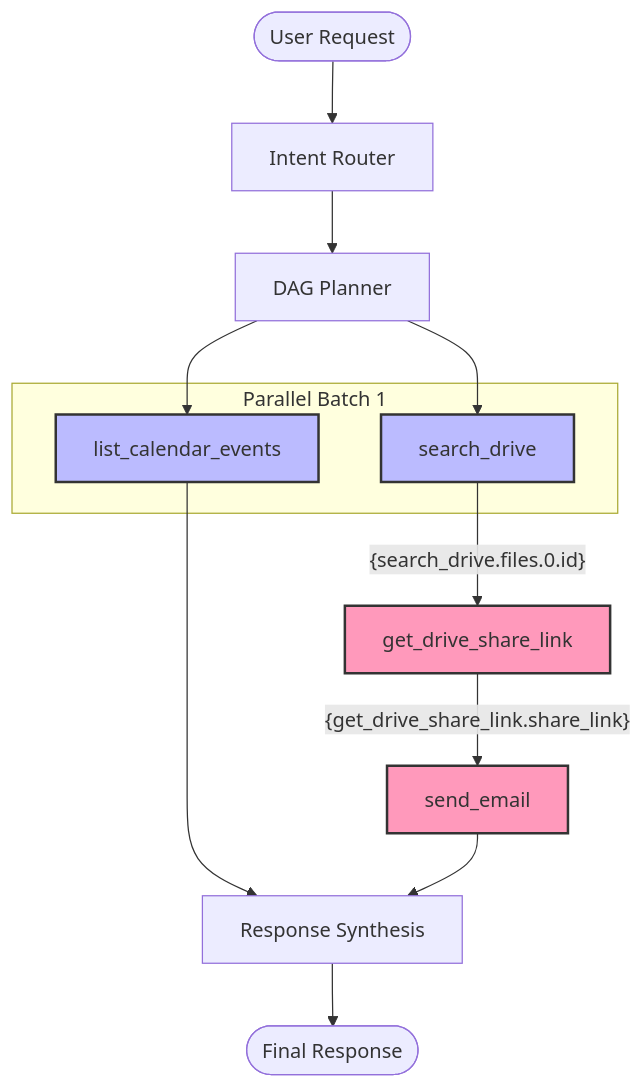
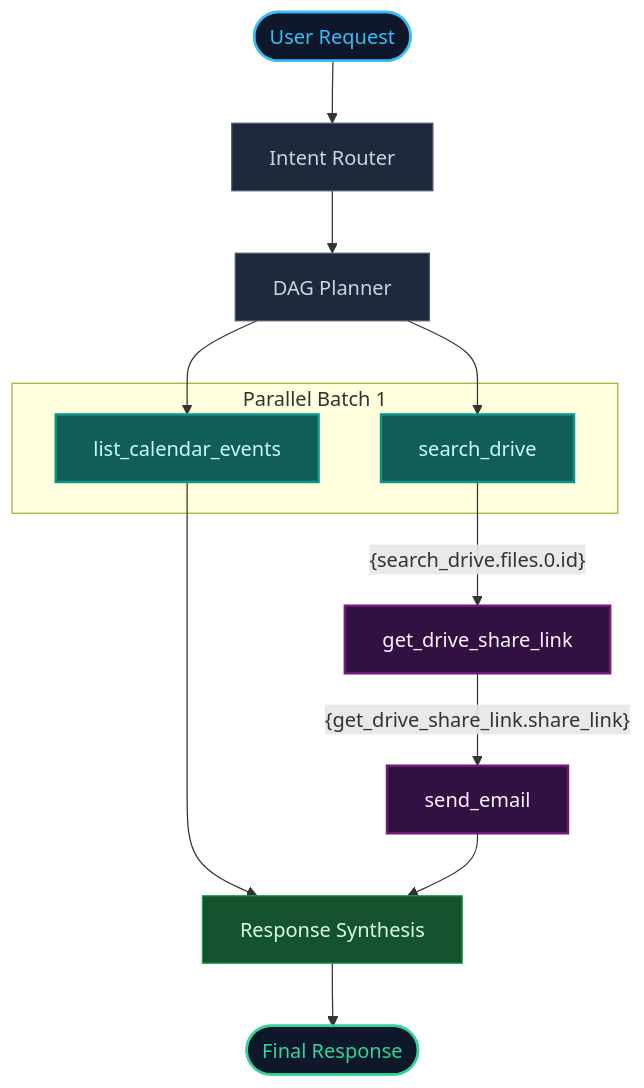
One commit to GaneshBamalwa/ATLAS changed the second of 3 diagrams in README.md. Above: the diagram before and after it, drawn with Mermaid. The commit also changed other lines of this file, not shown here.

Commit message:
docs: improve mermaid diagram color contrast and expand DAG details

````diff
--- a/README.md
+++ b/README.md
@@ -51,25 +57,33 @@
 ```mermaid
 graph TD
     User([User Request]) --> Router[Intent Router]
     Router --> Planner[DAG Planner]
     
     subgraph Parallel Batch 1
         Exec1[search_drive]
         Exec3[list_calendar_events]
     end
     
     Planner --> Exec1
     Planner --> Exec3
     
     Exec1 -->|"{search_drive.files.0.id}"| Exec2[get_drive_share_link]
     Exec2 -->|"{get_drive_share_link.share_link}"| Exec4[send_email]
     
     Exec3 --> Synthesis[Response Synthesis]
     Exec4 --> Synthesis
     Synthesis --> End([Final Response])
     
-    style Exec1 fill:#bbf,stroke:#333,stroke-width:2px
-    style Exec3 fill:#bbf,stroke:#333,stroke-width:2px
-    style Exec2 fill:#f9b,stroke:#333,stroke-width:2px
-    style Exec4 fill:#f9b,stroke:#333,stroke-width:2px
+    style User fill:#0f172a,stroke:#38bdf8,color:#38bdf8,stroke-width:2px
+    style Router fill:#1e293b,stroke:#475569,color:#cbd5e1,stroke-width:1px
+    style Planner fill:#1e293b,stroke:#475569,color:#cbd5e1,stroke-width:1px
+    
+    style Exec1 fill:#115e59,stroke:#0d9488,color:#ccfbf1,stroke-width:2px
+    style Exec3 fill:#115e59,stroke:#0d9488,color:#ccfbf1,stroke-width:2px
+    
+    style Exec2 fill:#311042,stroke:#701a75,color:#fdf4ff,stroke-width:2px
+    style Exec4 fill:#311042,stroke:#701a75,color:#fdf4ff,stroke-width:2px
+    
+    style Synthesis fill:#14532d,stroke:#16a34a,color:#dcfce7,stroke-width:1px
+    style End fill:#0f172a,stroke:#34d399,color:#34d399,stroke-width:2px
 ```
````
